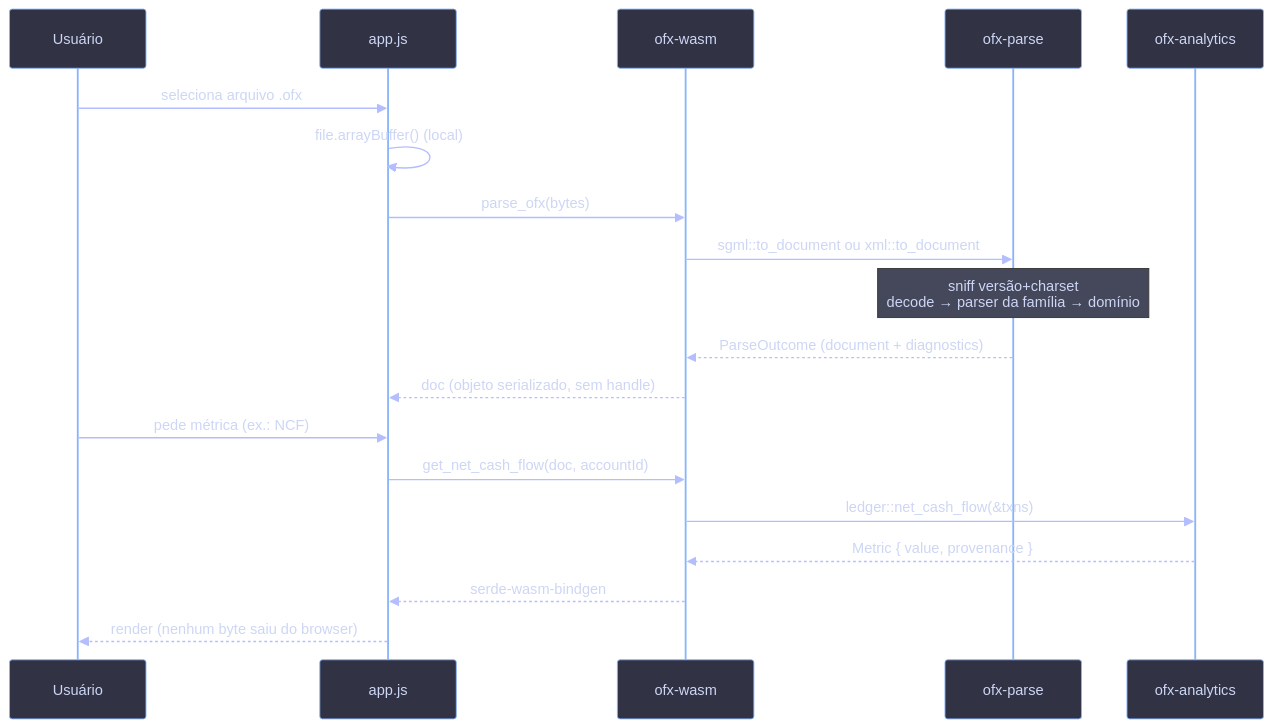
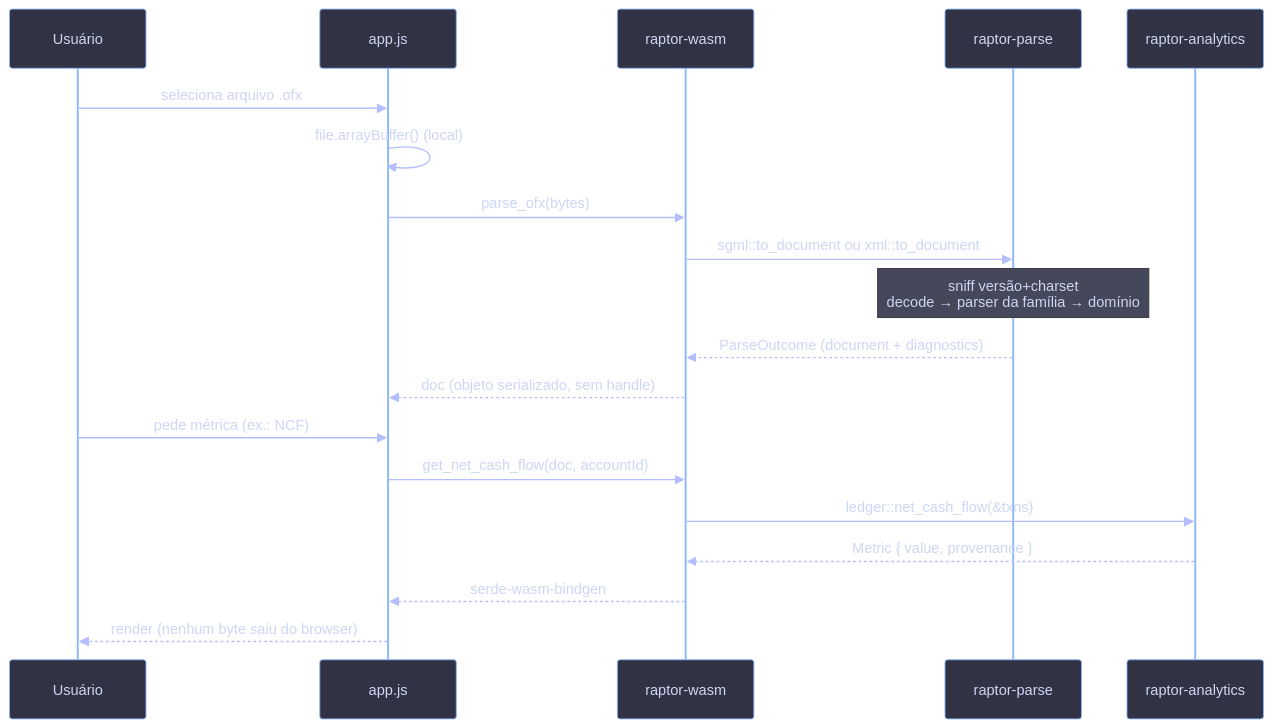
Before and after one commit to fossio/raptor: the third of 10 diagrams in docs/discovery-ofx-rust-wasm.md, drawn with Mermaid. The commit also changed other lines of this file and 19 other files, not shown here.

````diff
--- a/docs/discovery-ofx-rust-wasm.md
+++ b/docs/discovery-ofx-rust-wasm.md
@@ -500,23 +498,23 @@
 ```mermaid
 %%{init: {'theme':'base','themeVariables':{'background':'#1e1e2e','primaryColor':'#313244','primaryTextColor':'#cdd6f4','primaryBorderColor':'#89b4fa','lineColor':'#b4befe','actorBkg':'#313244','actorBorder':'#89b4fa','actorTextColor':'#cdd6f4','signalColor':'#b4befe','signalTextColor':'#cdd6f4','labelBoxBkgColor':'#181825','labelBoxBorderColor':'#585b70','noteBkgColor':'#45475a','noteTextColor':'#cdd6f4','fontFamily':'monospace'}}}%%
 sequenceDiagram
     participant U as Usuário
     participant JS as app.js
-    participant B as ofx-wasm
-    participant P as ofx-parse
-    participant A as ofx-analytics
+    participant B as raptor-wasm
+    participant P as raptor-parse
+    participant A as raptor-analytics
 
     U->>JS: seleciona arquivo .ofx
     JS->>JS: file.arrayBuffer() (local)
     JS->>B: parse_ofx(bytes)
     B->>P: sgml::to_document ou xml::to_document
     Note over P: sniff versão+charset<br/>decode → parser da família → domínio
     P-->>B: ParseOutcome (document + diagnostics)
     B-->>JS: doc (objeto serializado, sem handle)
     U->>JS: pede métrica (ex.: NCF)
     JS->>B: get_net_cash_flow(doc, accountId)
     B->>A: ledger::net_cash_flow(&txns)
     A-->>B: Metric { value, provenance }
     B-->>JS: serde-wasm-bindgen
     JS-->>U: render (nenhum byte saiu do browser)
 ```
````
